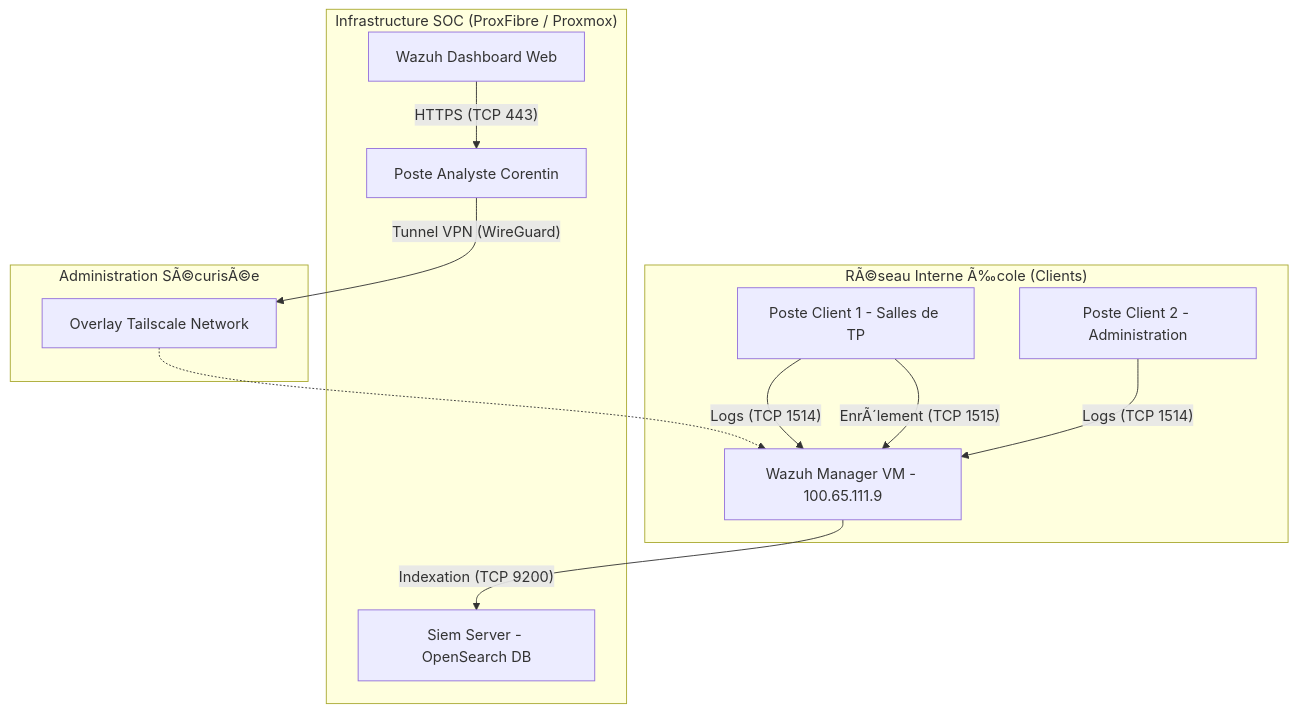
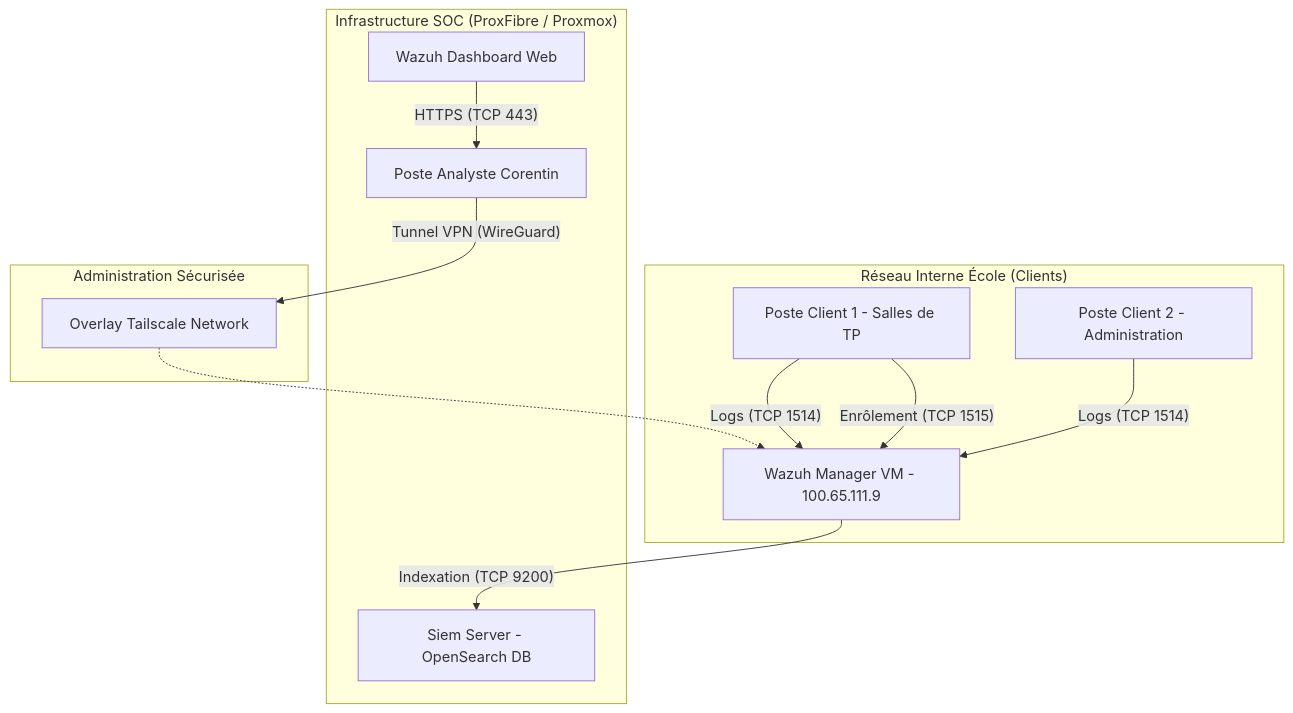
Before and after one commit to CooRGuu/Projet-SIEM: the diagram in docs/guides/rapport_stage_soc_wazuh.md, drawn with Mermaid. The commit also changed other lines of this file and 3 other files, not shown here.

````diff
--- a/docs/guides/rapport_stage_soc_wazuh.md
+++ b/docs/guides/rapport_stage_soc_wazuh.md
@@ -125,18 +125,18 @@
 ```mermaid
 graph TD
-    subgraph "RÃ©seau Interne Ã‰cole (Clients)"
+    subgraph "Réseau Interne École (Clients)"
         Client1[Poste Client 1 - Salles de TP] -- Logs (TCP 1514) --> Manager
         Client2[Poste Client 2 - Administration] -- Logs (TCP 1514) --> Manager
-        Client1 -- EnrÃ´lement (TCP 1515) --> Manager
+        Client1 -- Enrôlement (TCP 1515) --> Manager
     end
 
     subgraph "Infrastructure SOC (ProxFibre / Proxmox)"
         Manager[Wazuh Manager VM - 100.65.111.9] -- Indexation (TCP 9200) --> DB[Siem Server - OpenSearch DB]
         Dash[Wazuh Dashboard Web] -- HTTPS (TCP 443) --> Analyst[Poste Analyste Corentin]
     end
 
-    subgraph "Administration SÃ©curisÃ©e"
+    subgraph "Administration Sécurisée"
         Analyst -- Tunnel VPN (WireGuard) --> Tailscale[Overlay Tailscale Network]
         Tailscale -.-> Manager
     end
 ```
````
